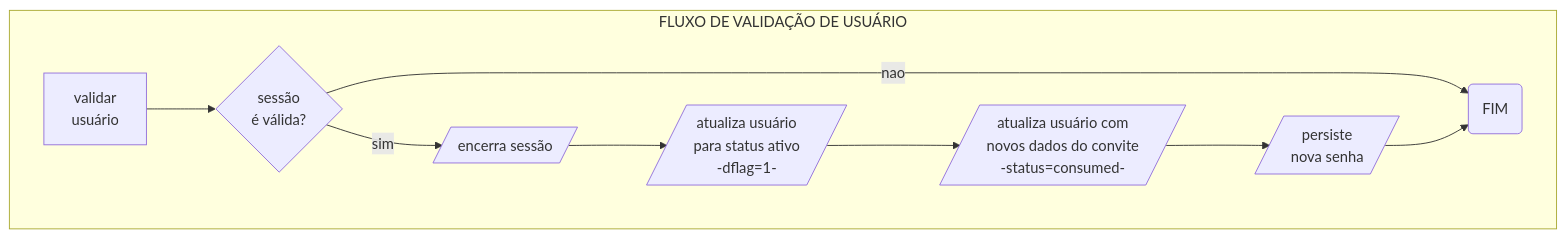
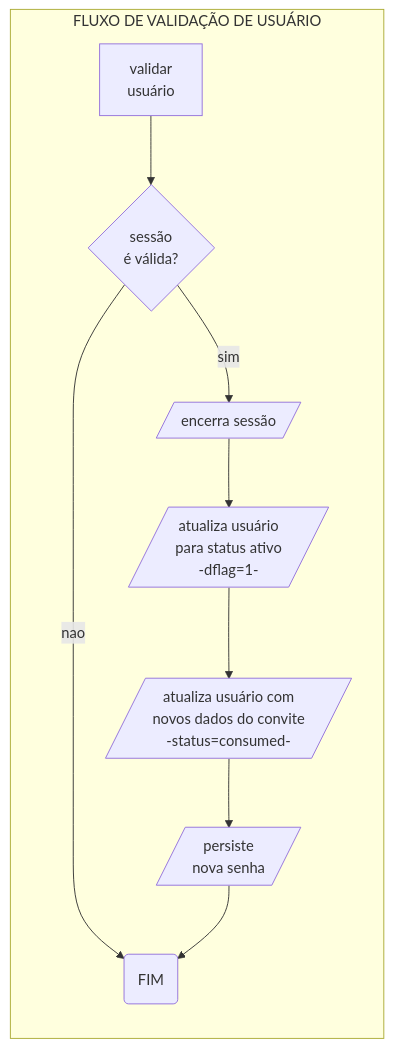
The second of 2 diagrams in README.md (NoulB/createUserDoc), drawn with Mermaid before and after one commit. The commit also changed other lines of this file, not shown here.

````diff
--- a/README.md
+++ b/README.md
@@ -95,24 +95,24 @@
 ``` mermaid
-  graph TD  
+  graph LR  
   
     %% PRE-LAUNCH SETUP" FLOW CHART SHAPES  
     RECEIVED_EMAIL["validar<br>usuário"]  
     VALID_SESSION?{sessão<br>é válida?}  
 
     END_SESSION[/encerra sessão/]  
     UPDATE_USER_DFLAG_1[/atualiza usuário<br>para status ativo<br> -dflag=1-/]  
     INVITE_CONSUMED[/atualiza usuário com<br> novos dados do convite<br>-status=consumed-/]  
     PASSWORD_PERSIST[/persiste <br>nova senha/]  
     FINISH(FIM)  
     
     %% CREATE FLOW CHART  
     subgraph FLUXO DE VALIDAÇÃO DE USUÁRIO  
     RECEIVED_EMAIL --> VALID_SESSION?  
     VALID_SESSION? --> |sim| END_SESSION  
     VALID_SESSION? --> |nao| FINISH  
     END_SESSION --> UPDATE_USER_DFLAG_1  
     UPDATE_USER_DFLAG_1 --> INVITE_CONSUMED  
     INVITE_CONSUMED --> PASSWORD_PERSIST  
     PASSWORD_PERSIST --> FINISH  
     end  
 ```
````
